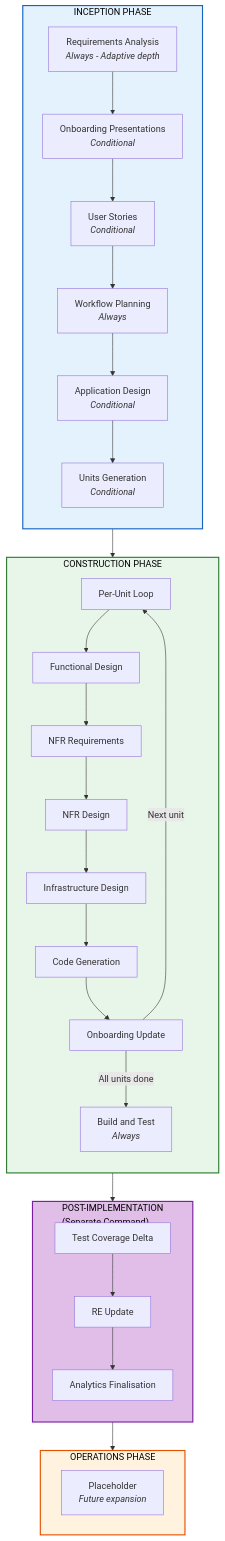
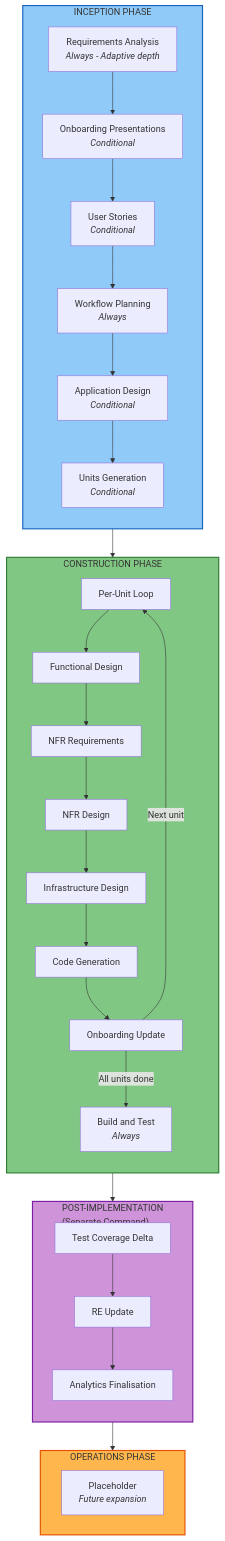
The third of 3 diagrams in docs/WORKFLOWS.md (premkumarjanagarajan/fluid-flow-ai), drawn with Mermaid before and after one commit. The commit also changed other lines of this file and 12 other files, not shown here.

First line of the commit message:
Update Mermaid diagram styles for dark and light theme compatibility

````diff
--- a/docs/WORKFLOWS.md
+++ b/docs/WORKFLOWS.md
@@ -222,47 +222,47 @@
 ```mermaid
 flowchart TB
     subgraph INCEPTION["INCEPTION PHASE"]
         direction TB
         I1["Requirements Analysis<br/><i>Always - Adaptive depth</i>"]
         I2["Onboarding Presentations<br/><i>Conditional</i>"]
         I3["User Stories<br/><i>Conditional</i>"]
         I4["Workflow Planning<br/><i>Always</i>"]
         I5["Application Design<br/><i>Conditional</i>"]
         I6["Units Generation<br/><i>Conditional</i>"]
         I1 --> I2 --> I3 --> I4 --> I5 --> I6
     end
 
     subgraph CONSTRUCTION["CONSTRUCTION PHASE"]
         direction TB
         C0["Per-Unit Loop"]
         C1["Functional Design"]
         C2["NFR Requirements"]
         C3["NFR Design"]
         C4["Infrastructure Design"]
         C5["Code Generation"]
         C6["Onboarding Update"]
         C7["Build and Test<br/><i>Always</i>"]
         C0 --> C1 --> C2 --> C3 --> C4 --> C5 --> C6
         C6 -->|"Next unit"| C0
         C6 -->|"All units done"| C7
     end
 
     subgraph POSTIMPL["POST-IMPLEMENTATION<br/>(Separate Command)"]
         direction TB
         P1["Test Coverage Delta"]
         P2["RE Update"]
         P3["Analytics Finalisation"]
         P1 --> P2 --> P3
     end
 
     subgraph OPERATIONS["OPERATIONS PHASE"]
         O1["Placeholder<br/><i>Future expansion</i>"]
     end
 
     INCEPTION --> CONSTRUCTION --> POSTIMPL --> OPERATIONS
 
-    style INCEPTION fill:#E3F2FD,stroke:#1565C0,stroke-width:2px,color:#000
-    style CONSTRUCTION fill:#E8F5E9,stroke:#2E7D32,stroke-width:2px,color:#000
-    style POSTIMPL fill:#E1BEE7,stroke:#7B1FA2,stroke-width:2px,color:#000
-    style OPERATIONS fill:#FFF3E0,stroke:#E65100,stroke-width:2px,color:#000
+    style INCEPTION fill:#90CAF9,stroke:#1565C0,stroke-width:2px
+    style CONSTRUCTION fill:#81C784,stroke:#2E7D32,stroke-width:2px
+    style POSTIMPL fill:#CE93D8,stroke:#7B1FA2,stroke-width:2px
+    style OPERATIONS fill:#FFB74D,stroke:#E65100,stroke-width:2px
 ```
````
